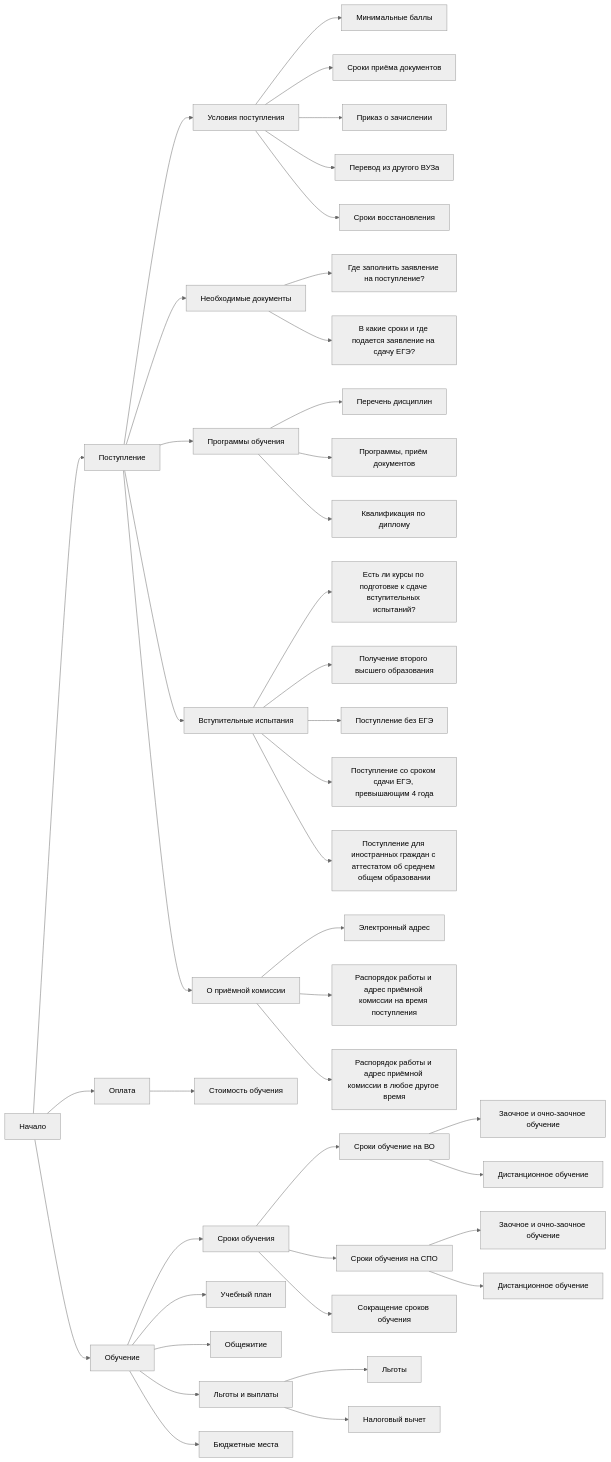
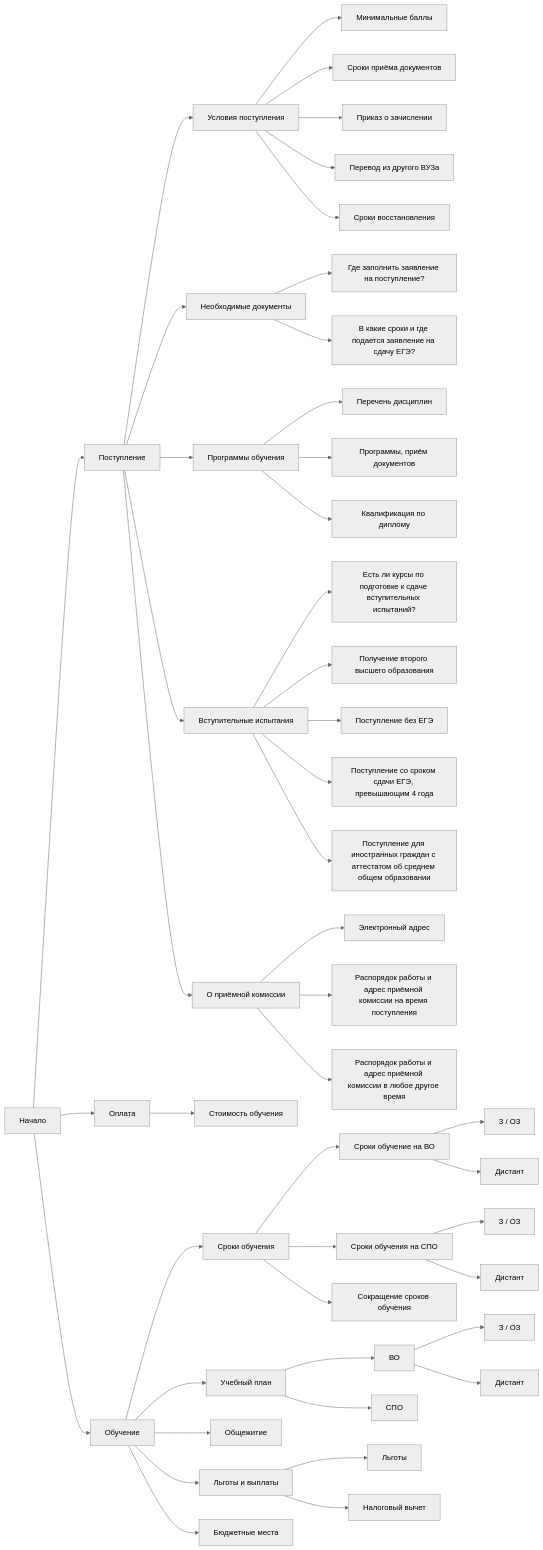
Before and after one commit to crimer/vue-chatbot: the diagram in doc/Дерево вопросов.md, drawn with Mermaid (neutral theme).

Commit message:
Update Дерево вопросов.md

````diff
--- a/doc/Дерево вопросов.md
+++ b/doc/Дерево вопросов.md
@@ -1,58 +1,64 @@
 ```mermaid
 graph LR;
   A["Начало"]-->B["Поступление"];
   A-->C["Оплата"];
   A-->D["Обучение"];
 
   B-->B1["Условия поступления"];
   B-->B2["Необходимые документы"];
   B-->B3["Программы обучения"];
   B-->B4["Вступительные испытания"];
   B-->B5["О приёмной комиссии"];
 
   B1-->B11["Минимальные баллы"];
   B1-->B12["Сроки приёма документов"];
   B1-->B13["Приказ о зачислении"];
   B1-->B14["Перевод из другого ВУЗа"];
   B1-->B15["Сроки восстановления"];
 
   B2-->B21["Где заполнить заявление на поступление?"];
   B2-->B22["В какие сроки и где подается заявление на сдачу ЕГЭ?"];
 
   B3-->B31["Перечень дисциплин"];
   B3-->B32["Программы, приём документов"];
   B3-->B33["Квалификация по диплому"];
 
   B4-->B41["Есть ли курсы по подготовке к сдаче вступительных испытаний?"];
   B4-->B42["Получение второго высшего образования"];
   B4-->B43["Поступление без ЕГЭ"];
   B4-->B44["Поступление со сроком сдачи ЕГЭ, превышающим 4 года"];
   B4-->B45["Поступление для иностранных граждан с аттестатом об среднем общем образовании"];
 
   B5-->B51["Электронный адрес"];
   B5-->B52["Распорядок работы и адрес приёмной комиссии на время поступления"];
   B5-->B53["Распорядок работы и адрес приёмной комиссии в любое другое время"];
 
   C-->C1["Стоимость обучения"];
   
   D-->D1["Сроки обучения"];
   D-->D2["Учебный план"];
   D-->D3["Общежитие"];
   D-->D4["Льготы и выплаты"];
   D-->D5["Бюджетные места"];
 
   D1-->D11["Сроки обучение на ВО"];
   D1-->D12["Сроки обучения на СПО"];
   D1-->D13["Сокращение сроков обучения"];
 
-  D11-->D111["Заочное и очно-заочное обучение"];
-  D11-->D112["Дистанционное обучение"];
+  D11-->D111["З / ОЗ"];
+  D11-->D112["Дистант"];
 
-  D12-->D121["Заочное и очно-заочное обучение"];
-  D12-->D122["Дистанционное обучение"];
+  D12-->D121["З / ОЗ"];
+  D12-->D122["Дистант"];
   
+  D2-->D21["ВО"];
+  D2-->D22["СПО"];
+
+  D21-->D211["З / ОЗ"];
+  D21-->D212["Дистант"];
+
   D4-->D41["Льготы"];
   D4-->D42["Налоговый вычет"];
 
 
 ```
````
